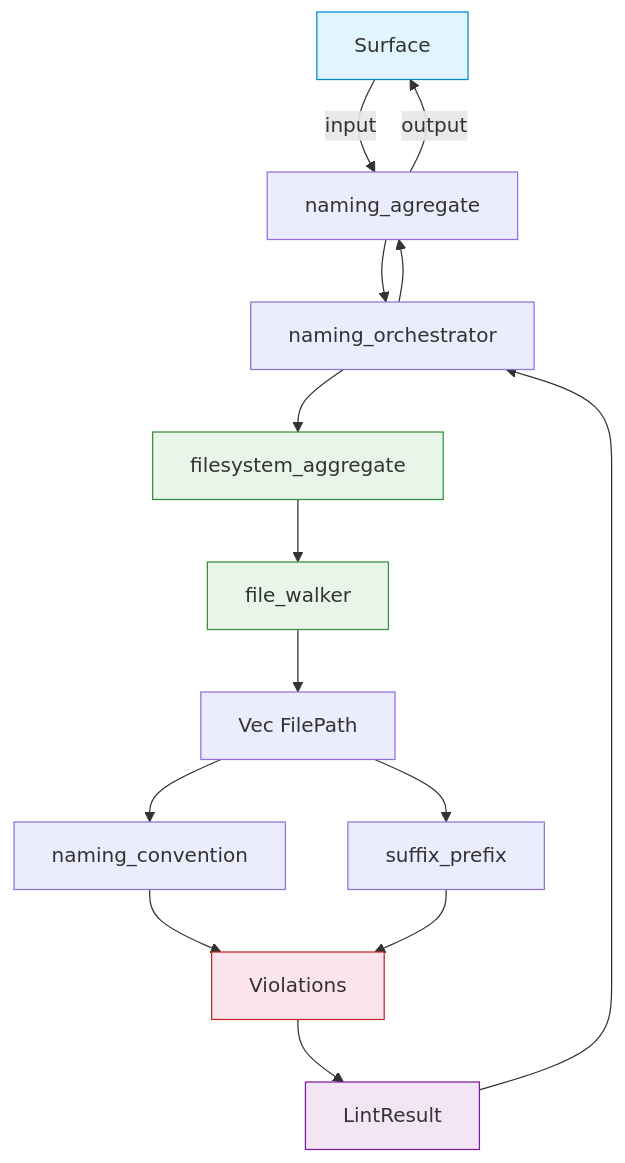
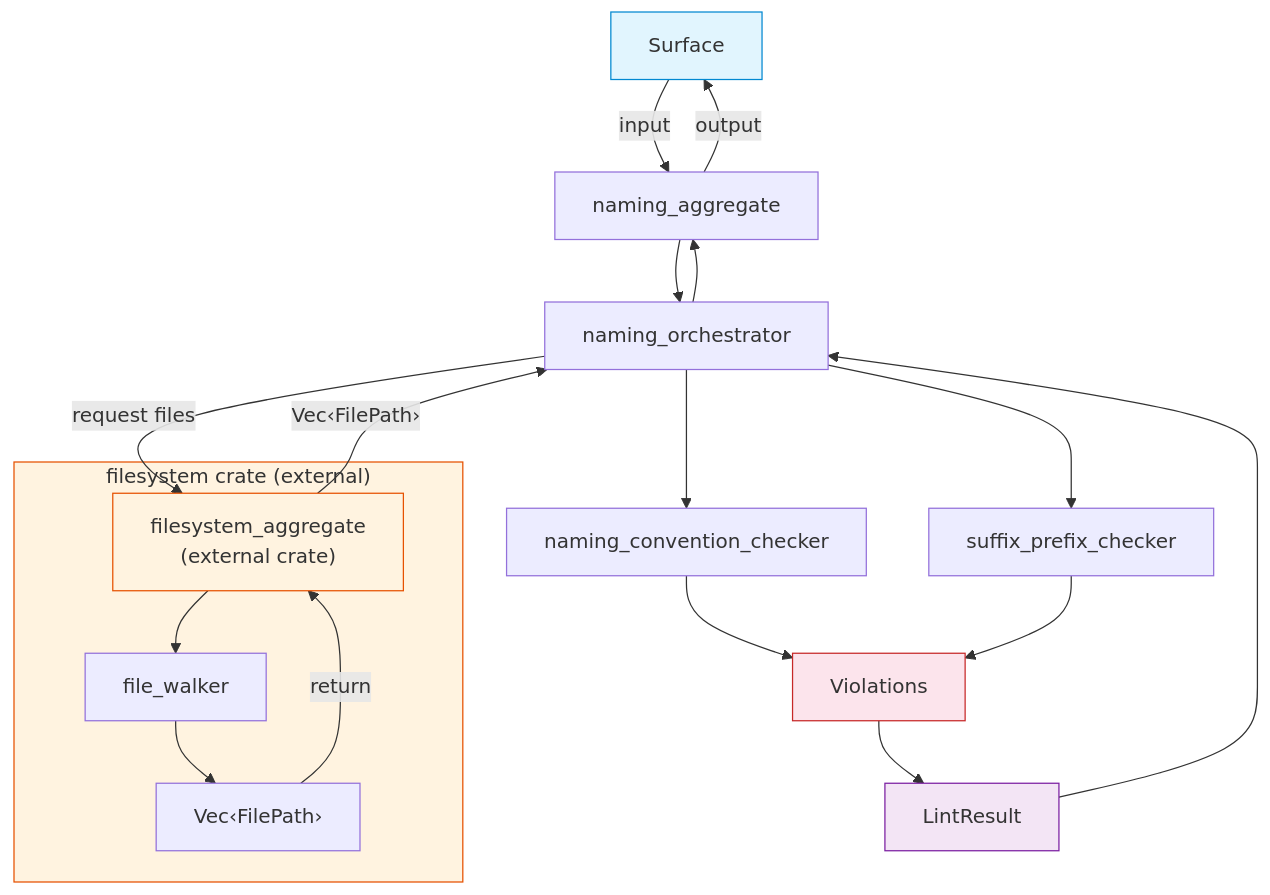
Before and after one commit to rakaarwaky/lint-arwaky: the diagram in crates/naming-rules/FRD.md, drawn with Mermaid. The commit also changed other lines of this file and 3 other files, not shown here.

````diff
--- a/crates/naming-rules/FRD.md
+++ b/crates/naming-rules/FRD.md
@@ -9,22 +13,31 @@
 ```mermaid
 flowchart TD
-    A["Surface"] -->|input| B["naming_agregate"]
+    A["Surface"] -->|input| B["naming_aggregate"]
     B --> C["naming_orchestrator"]
-    C --> D["filesystem_aggregate"]
-    D --> E["file_walker"]
-    E --> G["Vec FilePath"]
-    G --> H1["naming_convention"]
-    G --> H2["suffix_prefix"]
+
+    C -->|"request files"| D["filesystem_aggregate\n(external crate)"]
+
+    subgraph FS ["filesystem crate (external)"]
+        D --> E["file_walker"]
+        E --> G["Vec‹FilePath›"]
+    end
+
+    G -->|"return"| D
+    D -->|"Vec‹FilePath›"| C
+
+    C --> H1["naming_convention_checker"]
+    C --> H2["suffix_prefix_checker"]
+
     H1 --> I["Violations"]
     H2 --> I
     I --> J["LintResult"]
     J --> C
     C --> B
     B -->|output| A
 
     style A fill:#e1f5fe,stroke:#0288d1
-    style D fill:#e8f5e9,stroke:#388e3c
-    style E fill:#e8f5e9,stroke:#388e3c
+    style FS fill:#fff3e0,stroke:#e65100
+    style D fill:#fff3e0,stroke:#e65100
     style I fill:#fce4ec,stroke:#c62828
     style J fill:#f3e5f5,stroke:#7b1fa2
 ```
````
